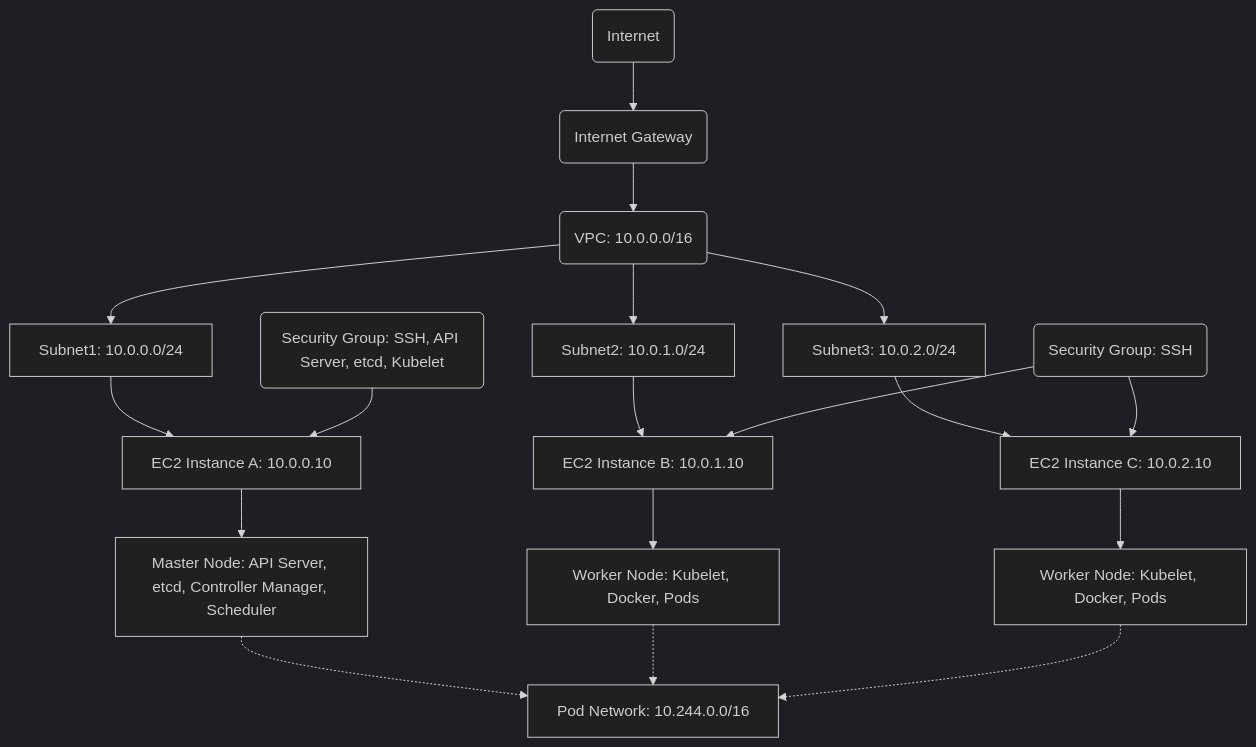
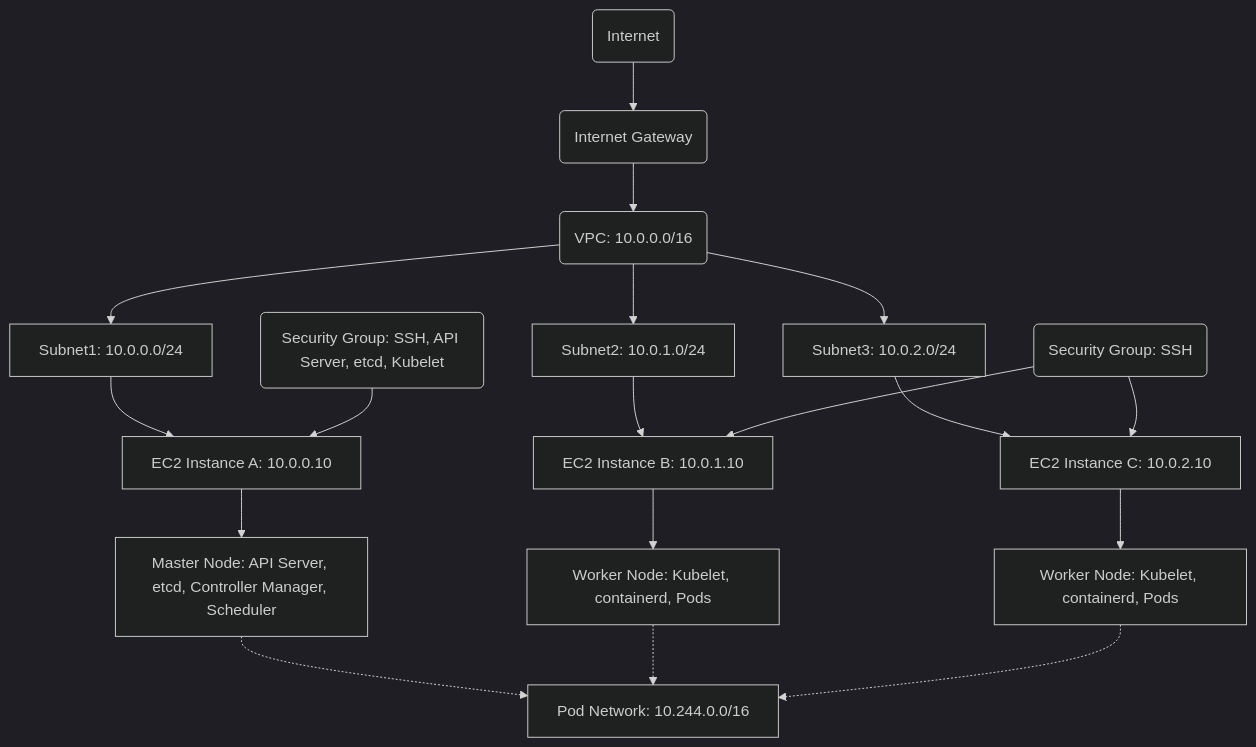
One commit to loftwah/tech-101 changed the diagram in kubernetes/kubernetes-the-loftwah-way/README.md. Above: the diagram before and after it, drawn with Mermaid (dark theme).

Commit message:
replace docker with containerd

````diff
--- a/kubernetes/kubernetes-the-loftwah-way/README.md
+++ b/kubernetes/kubernetes-the-loftwah-way/README.md
@@ -40,35 +40,35 @@
 ```mermaid
 graph TB
     internet(Internet)
     ig(Internet Gateway)
     vpc(VPC: 10.0.0.0/16)
     subnet1[Subnet1: 10.0.0.0/24]
     subnet2[Subnet2: 10.0.1.0/24]
     subnet3[Subnet3: 10.0.2.0/24]
     sg1(Security Group: SSH, API Server, etcd, Kubelet)
     sg2(Security Group: SSH)
     ec2a[EC2 Instance A: 10.0.0.10]
     ec2b[EC2 Instance B: 10.0.1.10]
     ec2c[EC2 Instance C: 10.0.2.10]
     master[Master Node: API Server, etcd, Controller Manager, Scheduler]
-    worker1[Worker Node: Kubelet, Docker, Pods]
-    worker2[Worker Node: Kubelet, Docker, Pods]
+    worker1[Worker Node: Kubelet, containerd, Pods]
+    worker2[Worker Node: Kubelet, containerd, Pods]
     podnet[Pod Network: 10.244.0.0/16]
     internet --> ig
     ig --> vpc
     vpc --> subnet1
     vpc --> subnet2
     vpc --> subnet3
     subnet1 --> ec2a
     subnet2 --> ec2b
     subnet3 --> ec2c
     sg1 --> ec2a
     sg2 --> ec2b
     sg2 --> ec2c
     ec2a --> master
     ec2b --> worker1
     ec2c --> worker2
     master -.-> podnet
     worker1 -.-> podnet
     worker2 -.-> podnet
 ```
````
